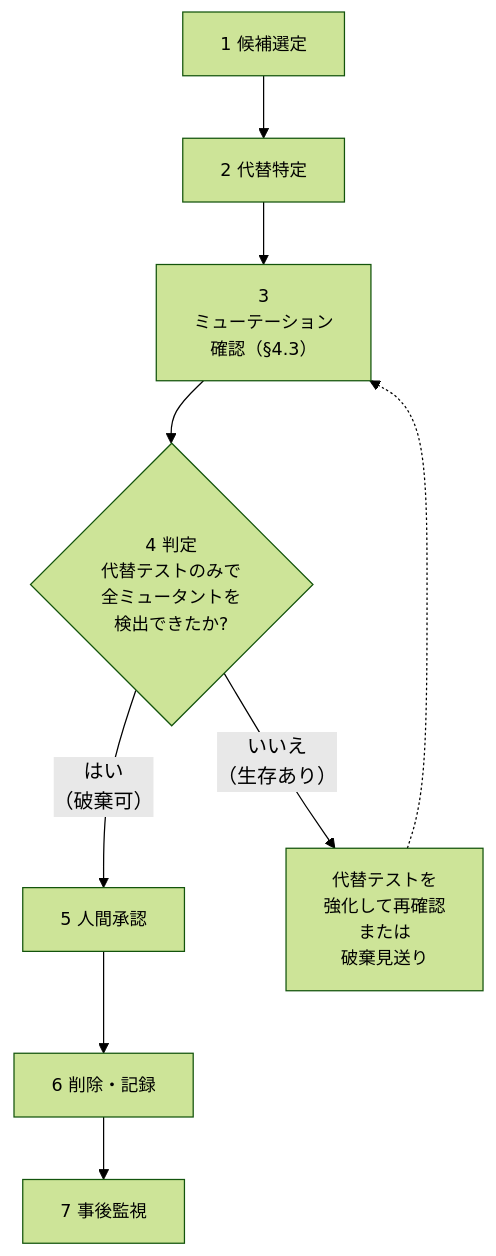
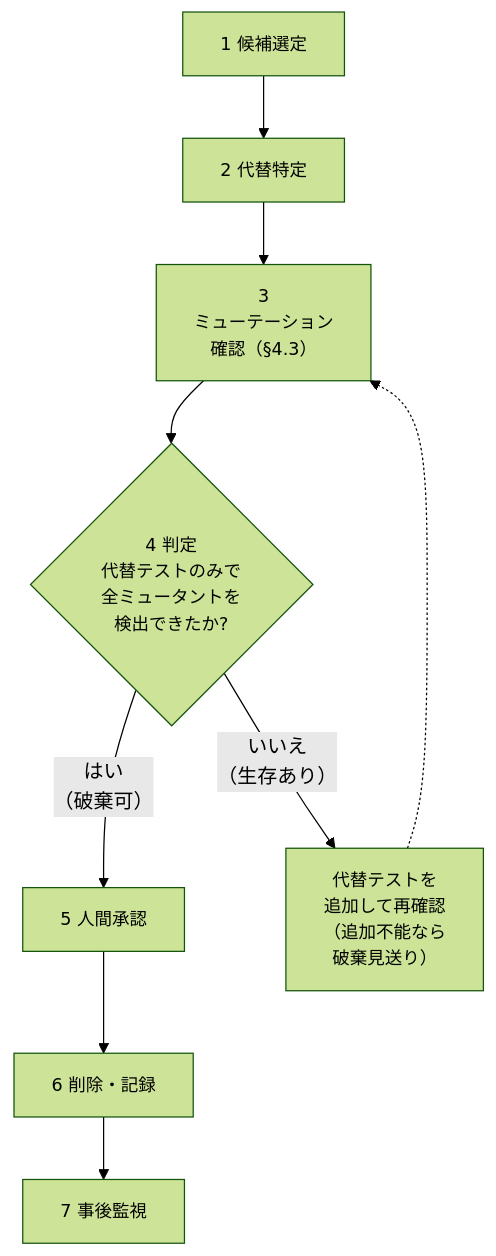
Before and after one commit to toshio-shiratori/harness-test-strategy: the second of 2 diagrams in docs/testing/04-regression-governance.md, drawn with Mermaid (forest theme). The commit also changed other lines of this file and 1 other file, not shown here.

````diff
--- a/docs/testing/04-regression-governance.md
+++ b/docs/testing/04-regression-governance.md
@@ -206,16 +208,16 @@
 ```mermaid
 flowchart TB
   P1["1 候補選定"]
   P2["2 代替特定"]
   P3["3<br/>ミューテーション<br/>確認（§4.3）"]
   P4{"4 判定<br/>代替テストのみで<br/>全ミュータントを<br/>検出できたか?"}
-  P4b["代替テストを<br/>強化して再確認<br/>または<br/>破棄見送り"]
+  P4b["代替テストを<br/>追加して再確認<br/>（追加不能なら<br/>破棄見送り）"]
   P5["5 人間承認"]
   P6["6 削除・記録"]
   P7["7 事後監視"]
   P1 --> P2 --> P3 --> P4
   P4 -- "はい<br/>（破棄可）" --> P5 --> P6 --> P7
   P4 -- "いいえ<br/>（生存あり）" --> P4b
   P4b -.-> P3
   classDef default font-size:14px
 ```
````
